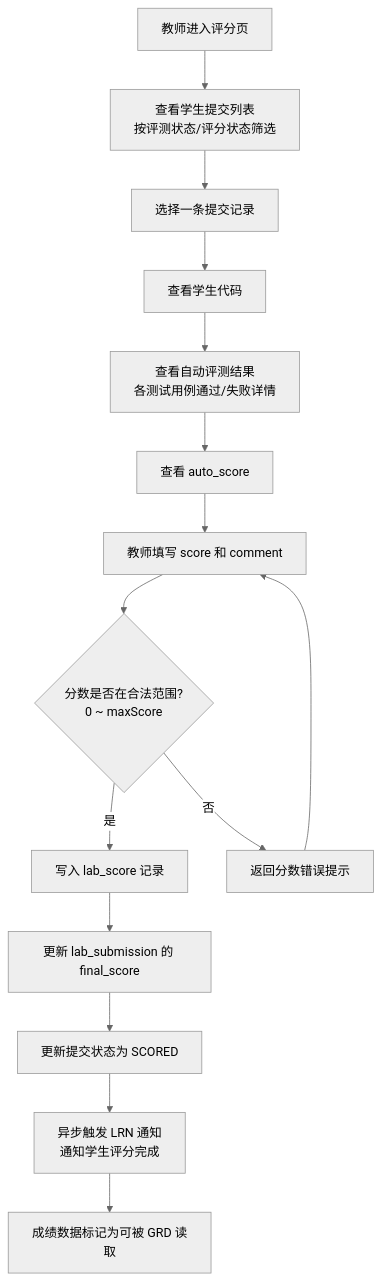
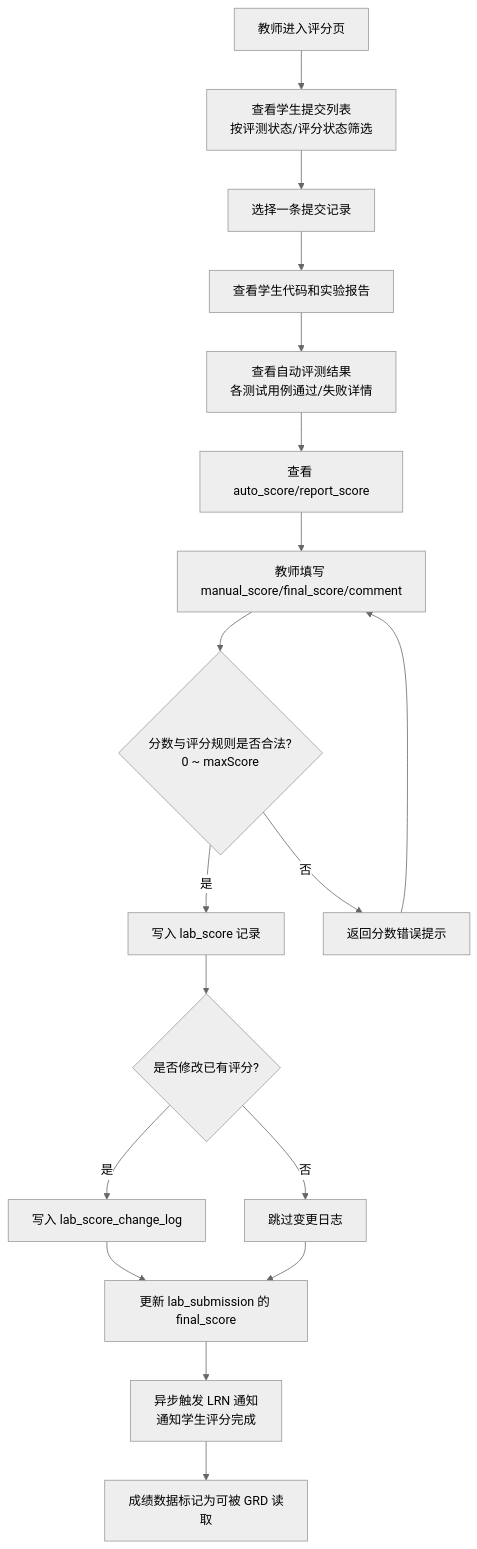
One commit to Cr4zyorange/OnlineJudge changed diagram 27 of 47 in docs/最终提交/软件详细设计说明书.md. Above: the diagram before and after it, drawn with Mermaid (neutral theme). The commit also changed other lines of this file, not shown here.

Commit message:
Review detailed design final submission

````diff
--- a/docs/最终提交/软件详细设计说明书.md
+++ b/docs/最终提交/软件详细设计说明书.md
@@ -2479,17 +2611,20 @@
 ```mermaid
 flowchart TD
   A[教师进入评分页] --> B[查看学生提交列表<br/>按评测状态/评分状态筛选]
   B --> C[选择一条提交记录]
-  C --> D[查看学生代码]
+  C --> D[查看学生代码和实验报告]
   D --> E[查看自动评测结果<br/>各测试用例通过/失败详情]
-  E --> F[查看 auto_score]
-  F --> G[教师填写 score 和 comment]
-  G --> H{分数是否在合法范围?<br/>0 ~ maxScore}
+  E --> F[查看 auto_score/report_score]
+  F --> G[教师填写 manual_score/final_score/comment]
+  G --> H{分数与评分规则是否合法?<br/>0 ~ maxScore}
   H -- 是 --> I[写入 lab_score 记录]
-  I --> J[更新 lab_submission 的 final_score]
-  J --> K[更新提交状态为 SCORED]
-  K --> L[异步触发 LRN 通知<br/>通知学生评分完成]
-  L --> M[成绩数据标记为可被 GRD 读取]
-  H -- 否 --> N[返回分数错误提示]
-  N --> G
+  I --> J{是否修改已有评分?}
+  J -- 是 --> K[写入 lab_score_change_log]
+  J -- 否 --> L[跳过变更日志]
+  K --> M[更新 lab_submission 的 final_score]
+  L --> M
+  M --> N[异步触发 LRN 通知<br/>通知学生评分完成]
+  N --> O[成绩数据标记为可被 GRD 读取]
+  H -- 否 --> P[返回分数错误提示]
+  P --> G
 ```
````
